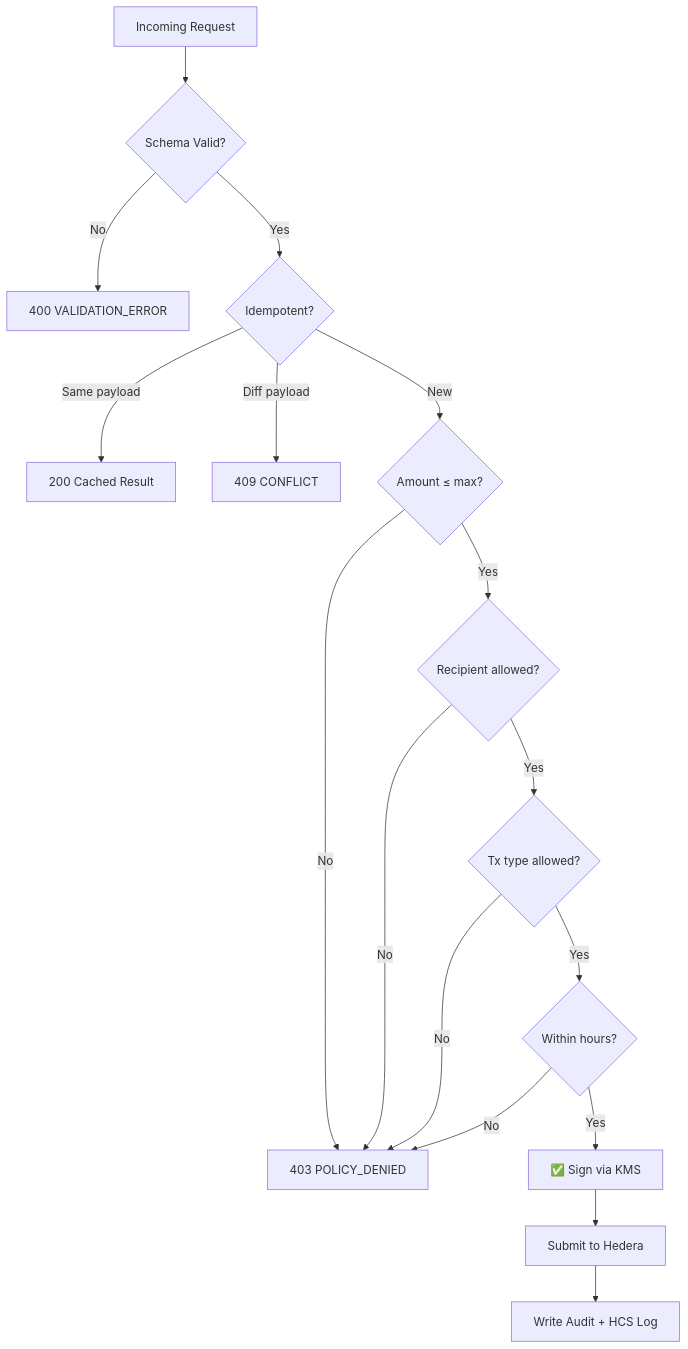
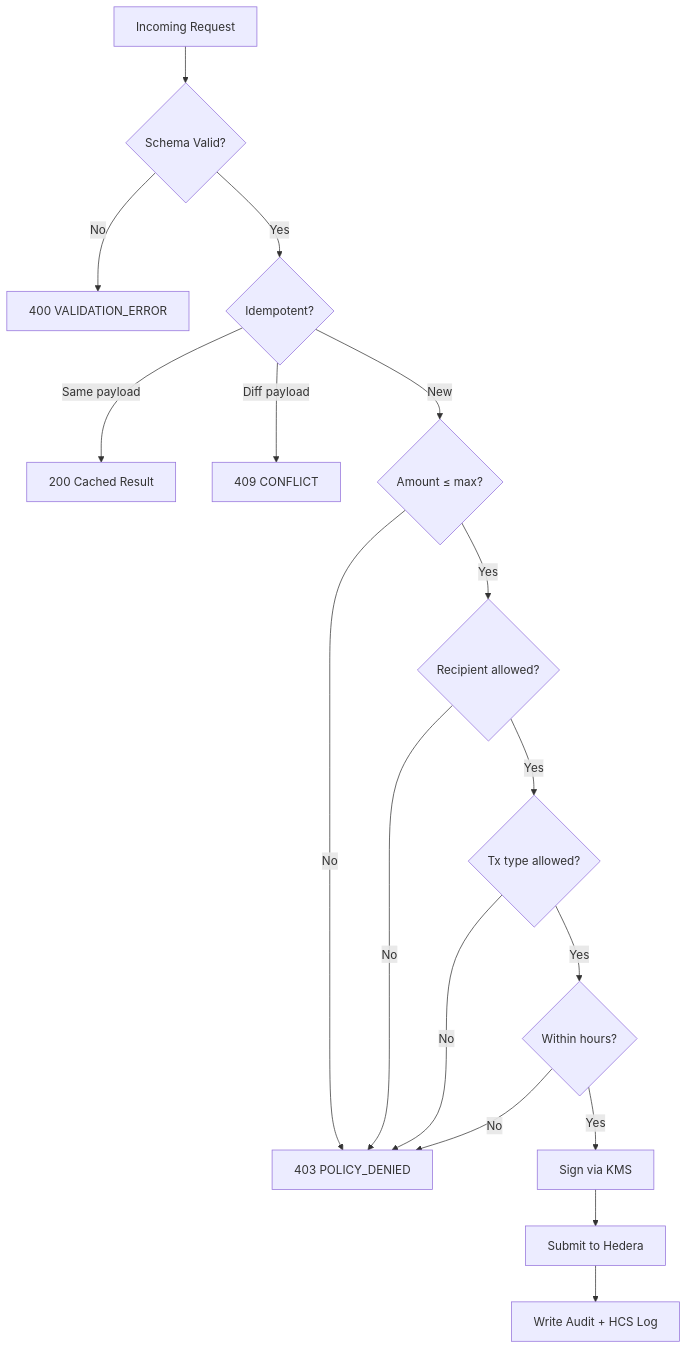
One commit to umarhashmi2002/hedera-kms-signer changed the seventh of 10 diagrams in docs/architecture.md. Above: the diagram before and after it, drawn with Mermaid. The commit also changed other lines of this file and 3 other files, not shown here.

````diff
--- a/docs/architecture.md
+++ b/docs/architecture.md
@@ -340,19 +340,19 @@
 ```mermaid
 graph TD
     Req[Incoming Request] --> V{Schema Valid?}
     V -->|No| R1[400 VALIDATION_ERROR]
     V -->|Yes| I{Idempotent?}
     I -->|Same payload| R2[200 Cached Result]
     I -->|Diff payload| R3[409 CONFLICT]
     I -->|New| P1{Amount ≤ max?}
     P1 -->|No| DENY[403 POLICY_DENIED]
     P1 -->|Yes| P2{Recipient allowed?}
     P2 -->|No| DENY
     P2 -->|Yes| P3{Tx type allowed?}
     P3 -->|No| DENY
     P3 -->|Yes| P4{Within hours?}
     P4 -->|No| DENY
-    P4 -->|Yes| SIGN[✅ Sign via KMS]
+    P4 -->|Yes| SIGN[Sign via KMS]
     SIGN --> SUBMIT[Submit to Hedera]
     SUBMIT --> AUDIT[Write Audit + HCS Log]
 ```
````
